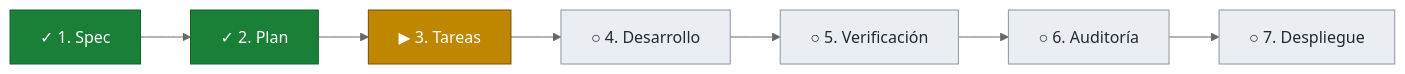
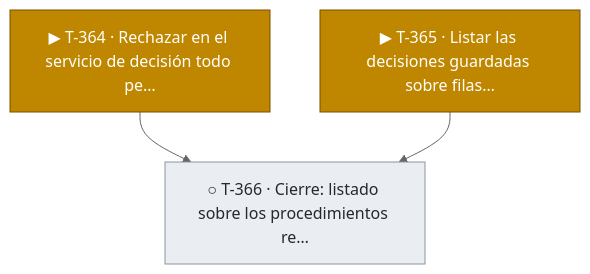
Before and after one commit to snavello/EVALUON: diagram 27 of 27 in docs/tablero.md, drawn with Mermaid (neutral theme). The commit also changed other lines of this file and 2 other files, not shown here.

Commit message:
gestión: tareas de la feature 019 (T-364 a T-366); T-364 y T-365 en curso; tablero

````diff
--- a/docs/tablero.md
+++ b/docs/tablero.md
@@ -2018,9 +2041,13 @@
 ```mermaid
-flowchart LR
-  E0["✓ 1. Spec"]:::done --> E1["✓ 2. Plan"]:::done --> E2["▶ 3. Tareas"]:::active --> E3["○ 4. Desarrollo"]:::todo --> E4["○ 5. Verificación"]:::todo --> E5["○ 6. Auditoría"]:::todo --> E6["○ 7. Despliegue"]:::todo
+flowchart TD
+  T364["▶ T-364 · Rechazar en el servicio de decisión todo pe…"]:::active
+  T365["▶ T-365 · Listar las decisiones guardadas sobre filas…"]:::active
+  T366["○ T-366 · Cierre: listado sobre los procedimientos re…"]:::todo
+  T364 --> T366
+  T365 --> T366
   classDef done fill:#1a7f37,stroke:#116329,color:#ffffff
   classDef review fill:#0969da,stroke:#0550ae,color:#ffffff
   classDef active fill:#bf8700,stroke:#7d4e00,color:#ffffff
   classDef blocked fill:#cf222e,stroke:#a40e26,color:#ffffff
   classDef todo fill:#eaeef2,stroke:#8c959f,color:#24292f
 ```
````
